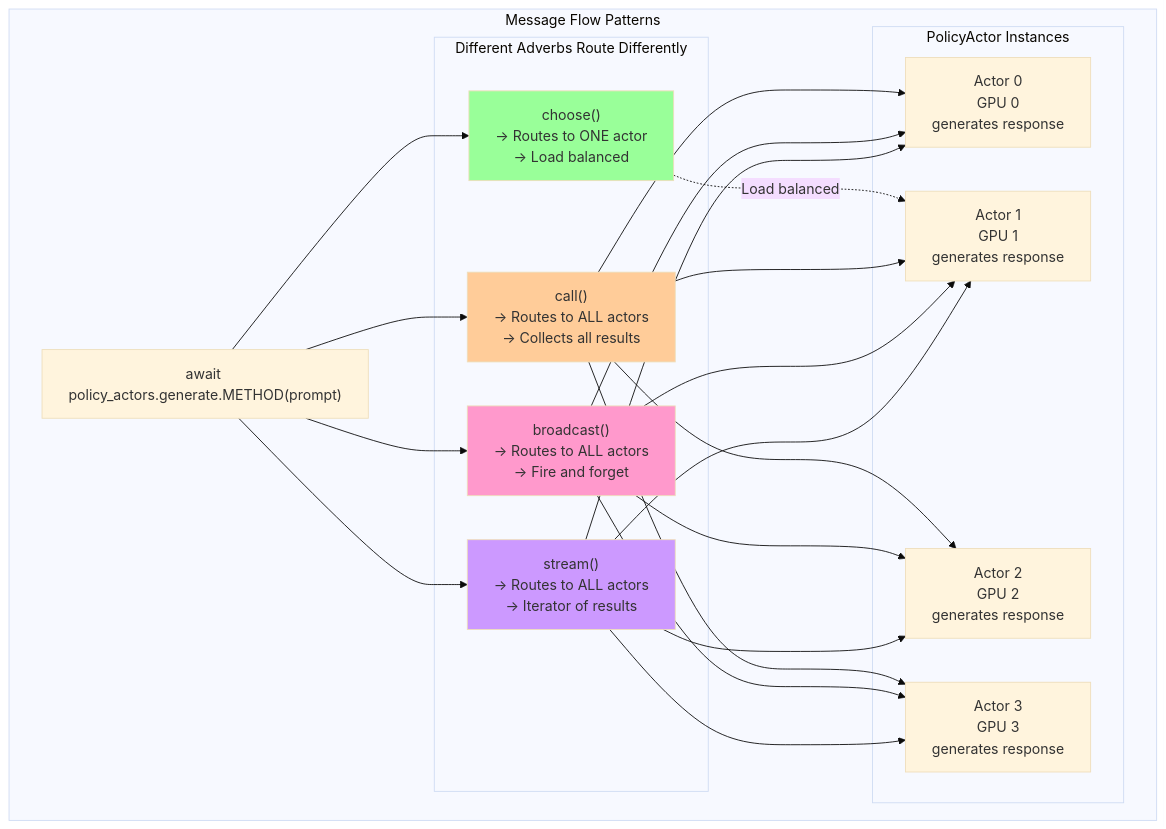
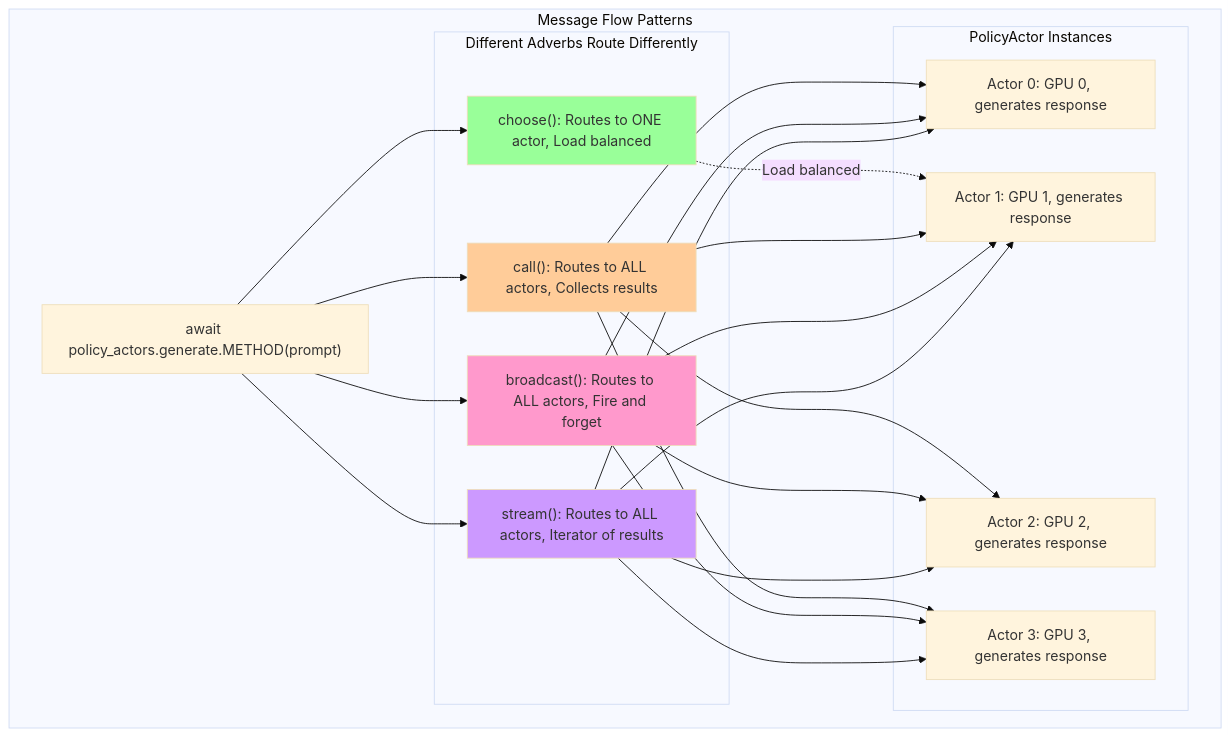
The fifth of 8 diagrams in docs/Tutorials/3_Monarch_101.MD (meta-pytorch/torchforge), drawn with Mermaid (base theme) before and after one commit. The commit also changed other lines of this file and 2 other files, not shown here.

````diff
--- a/docs/Tutorials/3_Monarch_101.MD
+++ b/docs/Tutorials/3_Monarch_101.MD
@@ -223,44 +223,44 @@
 ```mermaid
 graph TD
     subgraph MessageFlow["Message Flow Patterns"]
         Client["await policy_actors.generate.METHOD(prompt)"]
 
         subgraph Methods["Different Adverbs Route Differently"]
-            Choose["choose()<br/>→ Routes to ONE actor<br/>→ Load balanced"]
-            Call["call()<br/>→ Routes to ALL actors<br/>→ Collects all results"]
-            Broadcast["broadcast()<br/>→ Routes to ALL actors<br/>→ Fire and forget"]
-            Stream["stream()<br/>→ Routes to ALL actors<br/>→ Iterator of results"]
+            Choose["choose(): Routes to ONE actor, Load balanced"]
+            Call["call(): Routes to ALL actors, Collects results"]
+            Broadcast["broadcast(): Routes to ALL actors, Fire and forget"]
+            Stream["stream(): Routes to ALL actors, Iterator of results"]
         end
 
         subgraph ActorInstances["PolicyActor Instances"]
-            A0["Actor 0<br/>GPU 0<br/>generates response"]
-            A1["Actor 1<br/>GPU 1<br/>generates response"]
-            A2["Actor 2<br/>GPU 2<br/>generates response"]
-            A3["Actor 3<br/>GPU 3<br/>generates response"]
+            A0["Actor 0: GPU 0, generates response"]
+            A1["Actor 1: GPU 1, generates response"]
+            A2["Actor 2: GPU 2, generates response"]
+            A3["Actor 3: GPU 3, generates response"]
         end
 
         Client --> Choose
         Client --> Call
         Client --> Broadcast
         Client --> Stream
 
         Choose -.->|"Load balanced"| A1
         Call --> A0
         Call --> A1
         Call --> A2
         Call --> A3
         Broadcast --> A0
         Broadcast --> A1
         Broadcast --> A2
         Broadcast --> A3
         Stream --> A0
         Stream --> A1
         Stream --> A2
         Stream --> A3
     end
 
     style Choose fill:#99ff99
     style Call fill:#ffcc99
     style Broadcast fill:#ff99cc
     style Stream fill:#cc99ff
 ```
````
